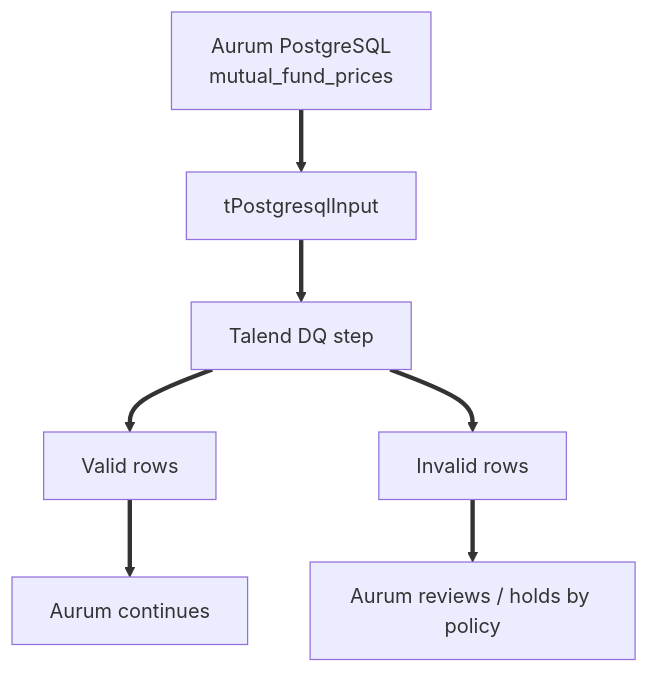
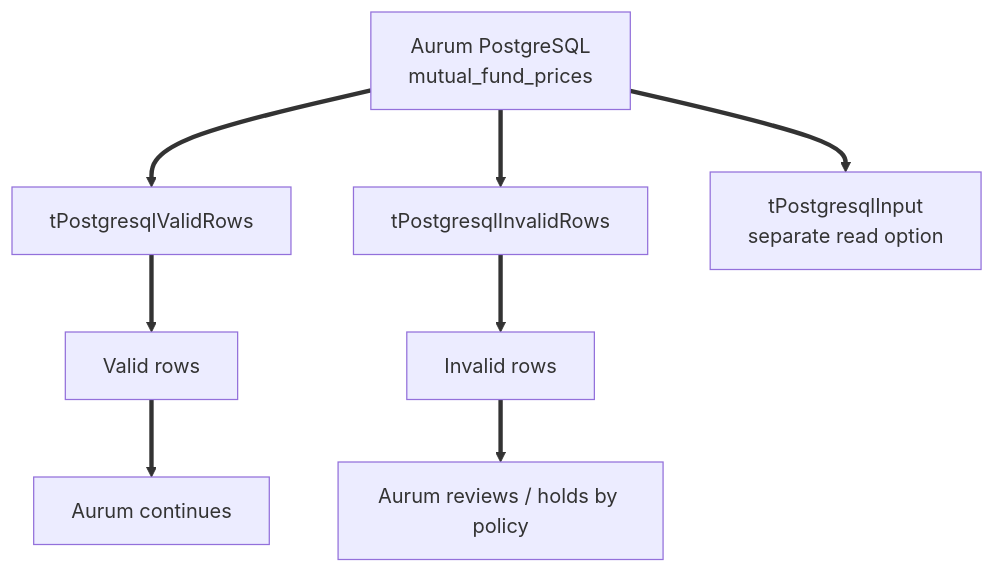
Before and after one commit to Prakharm927/aurum-data-quality-research: the second of 4 diagrams in docs/group4-tools.md, drawn with Mermaid. The commit also changed other lines of this file, not shown here.

Commit message:
Fix Talend flow and Informatica pricing link

````diff
--- a/docs/group4-tools.md
+++ b/docs/group4-tools.md
@@ -149,9 +149,10 @@
 ```mermaid
 flowchart TD
-  pg["Aurum PostgreSQL<br/>mutual_fund_prices"] ==> input["tPostgresqlInput"]
-  input ==> check["Talend DQ step"]
-  check ==> valid["Valid rows"]
-  check ==> invalid["Invalid rows"]
+  pg["Aurum PostgreSQL<br/>mutual_fund_prices"] ==> validcheck["tPostgresqlValidRows"]
+  pg ==> invalidcheck["tPostgresqlInvalidRows"]
+  pg ==> input["tPostgresqlInput<br/>separate read option"]
+  validcheck ==> valid["Valid rows"]
+  invalidcheck ==> invalid["Invalid rows"]
   valid ==> aurum["Aurum continues"]
   invalid ==> review["Aurum reviews / holds by policy"]
 ```
````
